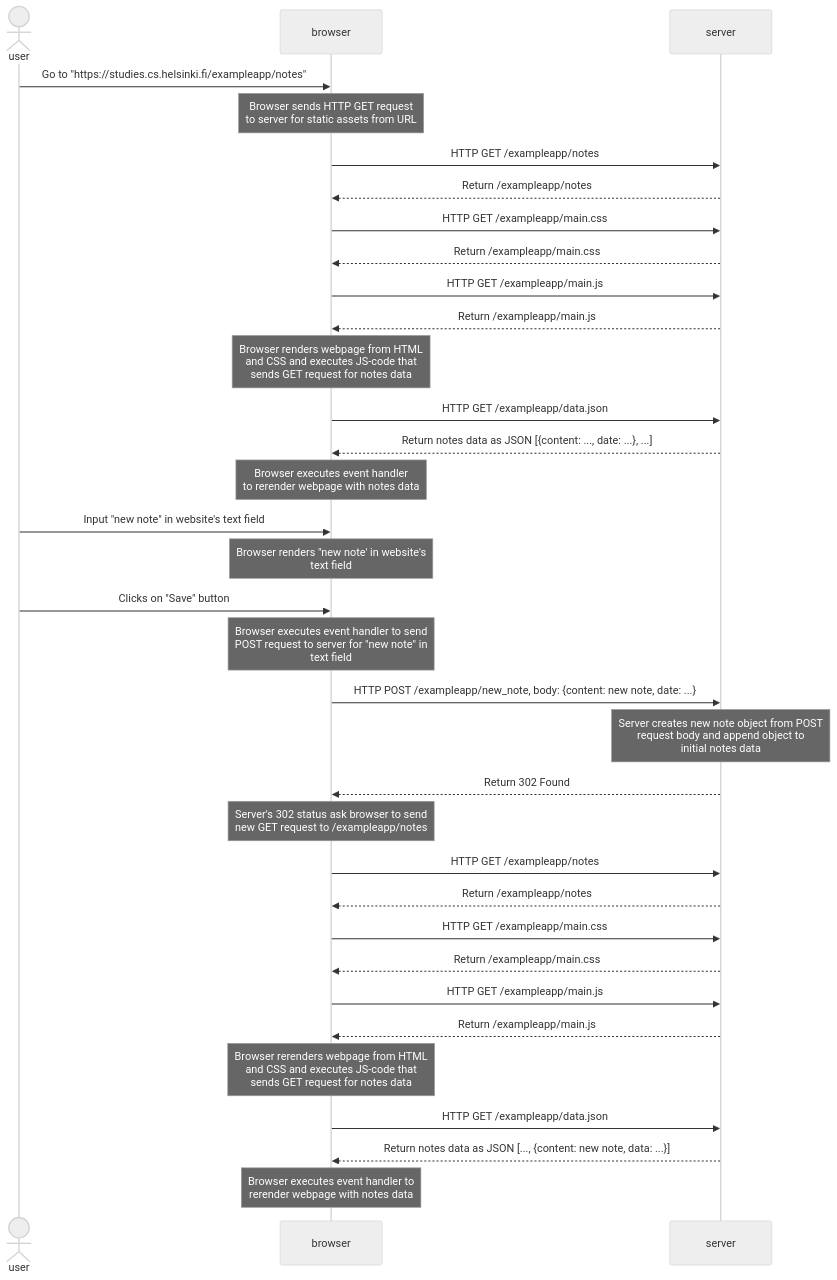
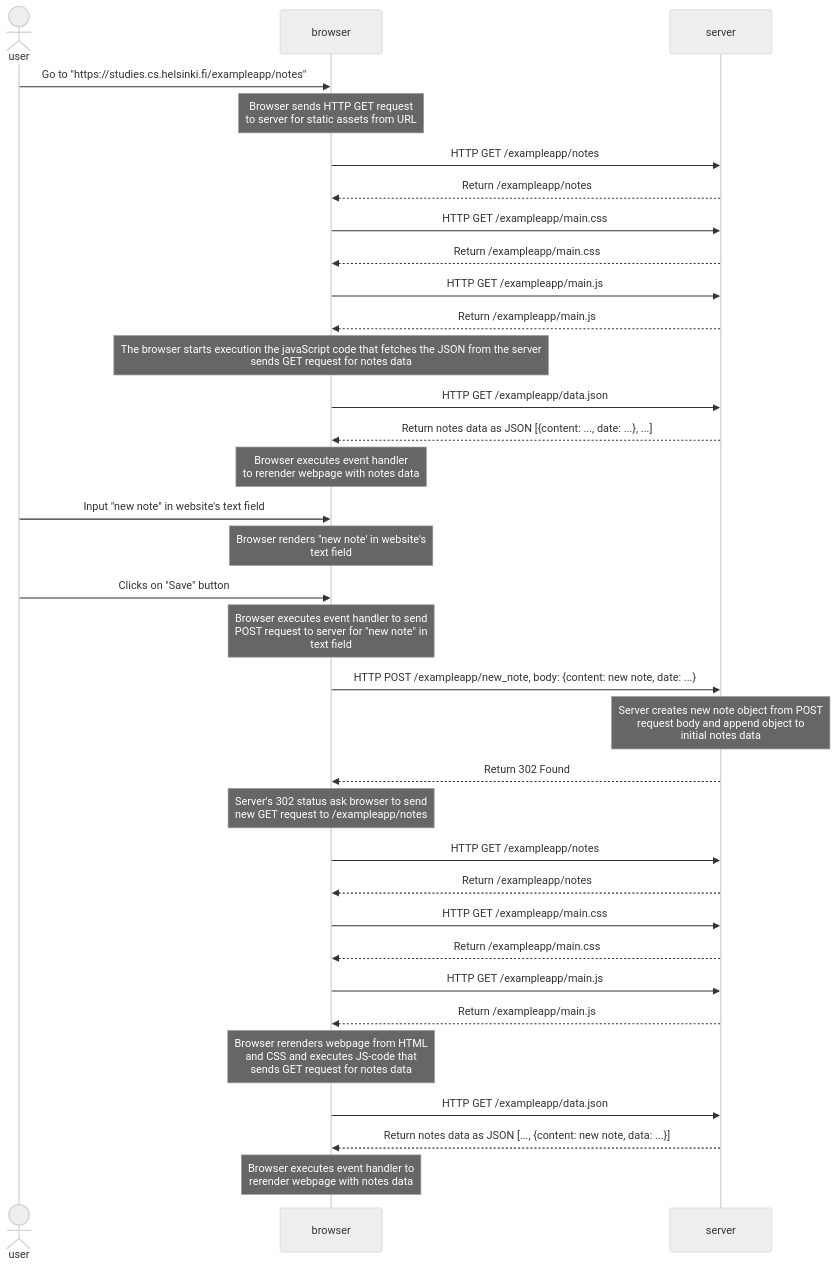
The diagram in part0/0.4_new_note_diagram.md (daniel-bogale/full-stack-open-course), drawn with Mermaid (neutral theme) before and after one commit.

````diff
--- a/part0/0.4_new_note_diagram.md
+++ b/part0/0.4_new_note_diagram.md
@@ -1,54 +1,54 @@
 ```mermaid
 sequenceDiagram 
   actor user
   participant browser
   participant server
 
   user->>browser: Go to "https://studies.cs.helsinki.fi/exampleapp/notes"
 
   note over browser: Browser sends HTTP GET request <br> to server for static assets from URL
 
   browser->>server: HTTP GET /exampleapp/notes
   server-->>browser: Return /exampleapp/notes
   browser->>server: HTTP GET /exampleapp/main.css
   server-->>browser: Return /exampleapp/main.css
   browser->>server: HTTP GET /exampleapp/main.js
   server-->>browser: Return /exampleapp/main.js
 
-  note over browser: Browser renders webpage from HTML <br> and CSS and executes JS-code that <br> sends GET request for notes data
+  note over browser: The browser starts execution the javaScript code that fetches the JSON from the server <br> sends GET request for notes data
 
   browser->>server: HTTP GET /exampleapp/data.json
   server-->>browser: Return notes data as JSON [{content: ..., date: ...}, ...]
 
   note over browser: Browser executes event handler <br> to rerender webpage with notes data
 
   user->>browser: Input "new note" in website's text field
 
   note over browser: Browser renders "new note' in website's <br> text field
 
   user->>browser: Clicks on "Save" button
 
   note over browser: Browser executes event handler to send <br> POST request to server for "new note" in <br> text field
 
   browser->>server: HTTP POST /exampleapp/new_note, body: {content: new note, date: ...}
 
   note over server: Server creates new note object from POST <br> request body and append object to <br> initial notes data
 
   server-->>browser: Return 302 Found
 
   note over browser: Server's 302 status ask browser to send <br> new GET request to /exampleapp/notes
 
   browser->>server: HTTP GET /exampleapp/notes
   server-->>browser: Return /exampleapp/notes
   browser->>server: HTTP GET /exampleapp/main.css
   server-->>browser: Return /exampleapp/main.css
   browser->>server: HTTP GET /exampleapp/main.js
   server-->>browser: Return /exampleapp/main.js
 
   note over browser: Browser rerenders webpage from HTML <br> and CSS and executes JS-code that <br> sends GET request for notes data
 
   browser->>server: HTTP GET /exampleapp/data.json
   server-->>browser: Return notes data as JSON [..., {content: new note, data: ...}]
 
   note over browser: Browser executes event handler to <br> rerender webpage with notes data
 ```
````
